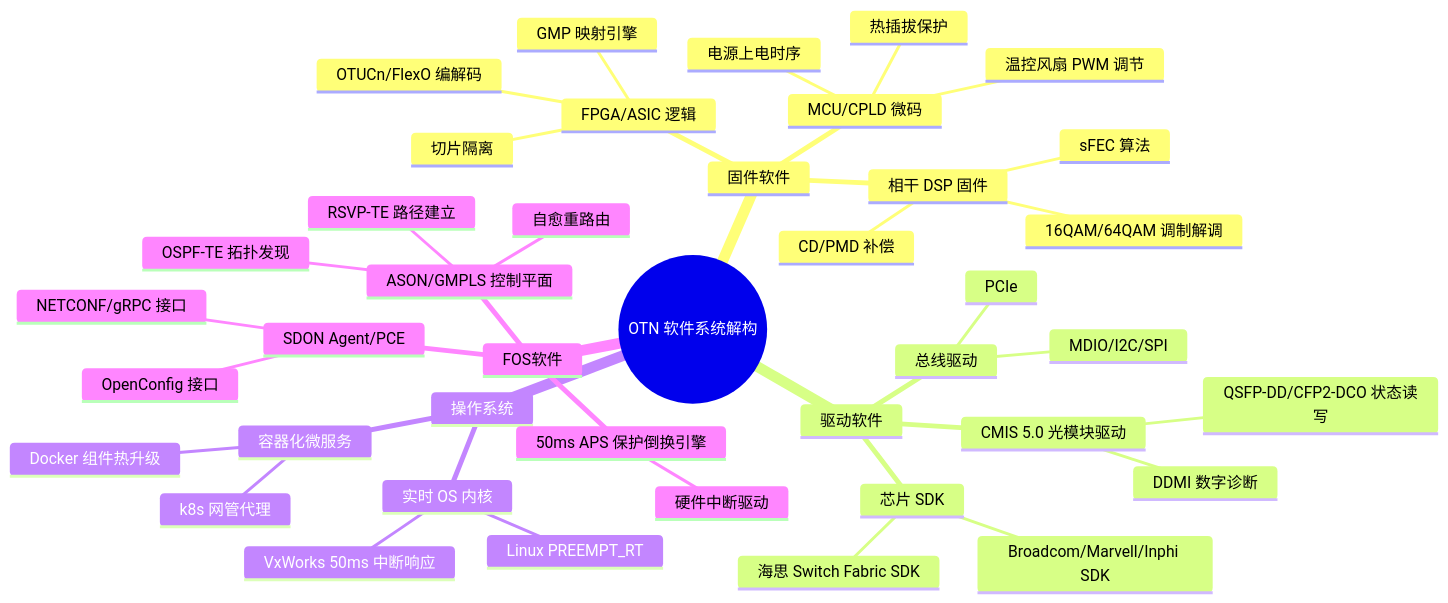
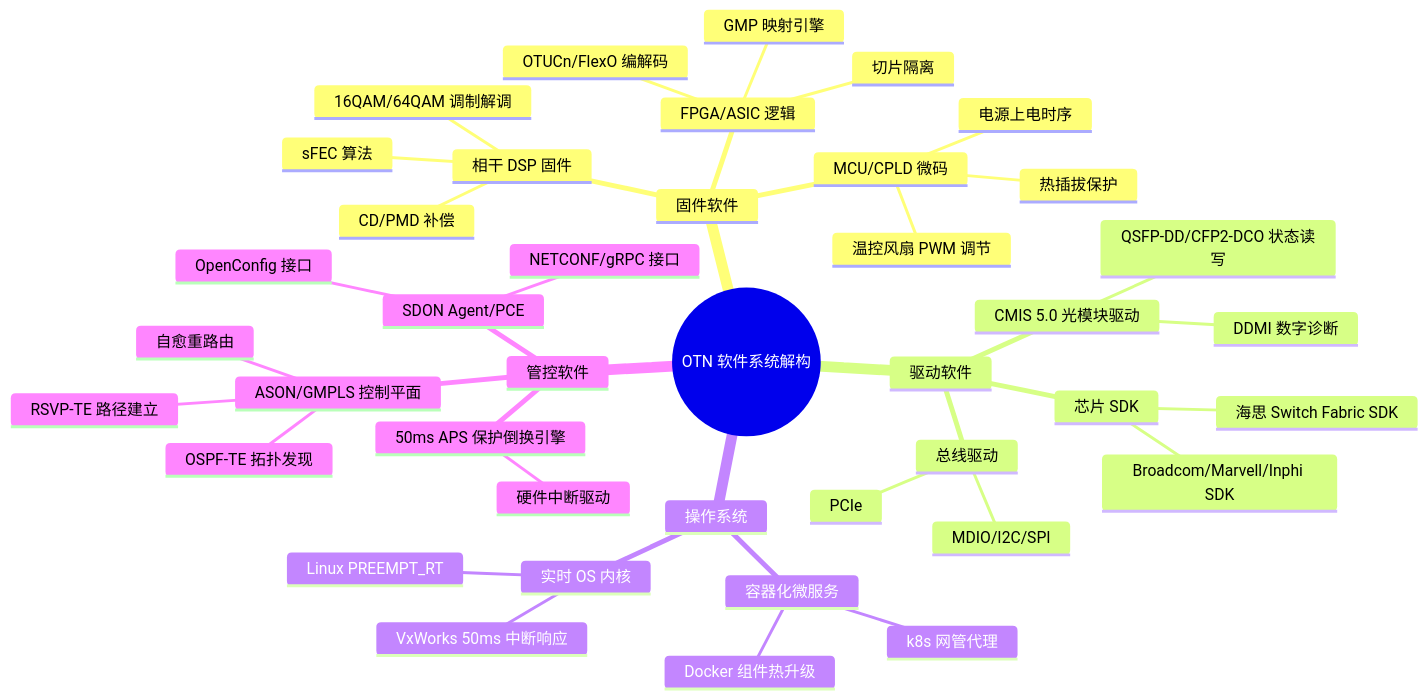
Before and after one commit to pengjizhang/otn-notes: the second of 6 diagrams in otn-equipment-architecture-pipeline.md, drawn with Mermaid.

Commit message:
mindmap 一级节点 FOS软件 → 管控软件

````diff
--- a/otn-equipment-architecture-pipeline.md
+++ b/otn-equipment-architecture-pipeline.md
@@ -32,44 +32,44 @@
 ```mermaid
 mindmap
   root((OTN 软件系统解构))
     固件软件
       相干 DSP 固件
         CD/PMD 补偿
         16QAM/64QAM 调制解调
         sFEC 算法
       FPGA/ASIC 逻辑
         OTUCn/FlexO 编解码
         GMP 映射引擎
         切片隔离
       MCU/CPLD 微码
         电源上电时序
         温控风扇 PWM 调节
         热插拔保护
     驱动软件
       CMIS 5.0 光模块驱动
         QSFP-DD/CFP2-DCO 状态读写
         DDMI 数字诊断
       芯片 SDK
         Broadcom/Marvell/Inphi SDK
         海思 Switch Fabric SDK
       总线驱动
         PCIe
         MDIO/I2C/SPI
     操作系统
       实时 OS 内核
         Linux PREEMPT_RT
         VxWorks 50ms 中断响应
       容器化微服务
         Docker 组件热升级
         k8s 网管代理
-    FOS软件
+    管控软件
       ASON/GMPLS 控制平面
         OSPF-TE 拓扑发现
         RSVP-TE 路径建立
         自愈重路由
       50ms APS 保护倒换引擎
         硬件中断驱动
       SDON Agent/PCE
         OpenConfig 接口
         NETCONF/gRPC 接口
 ```
````
